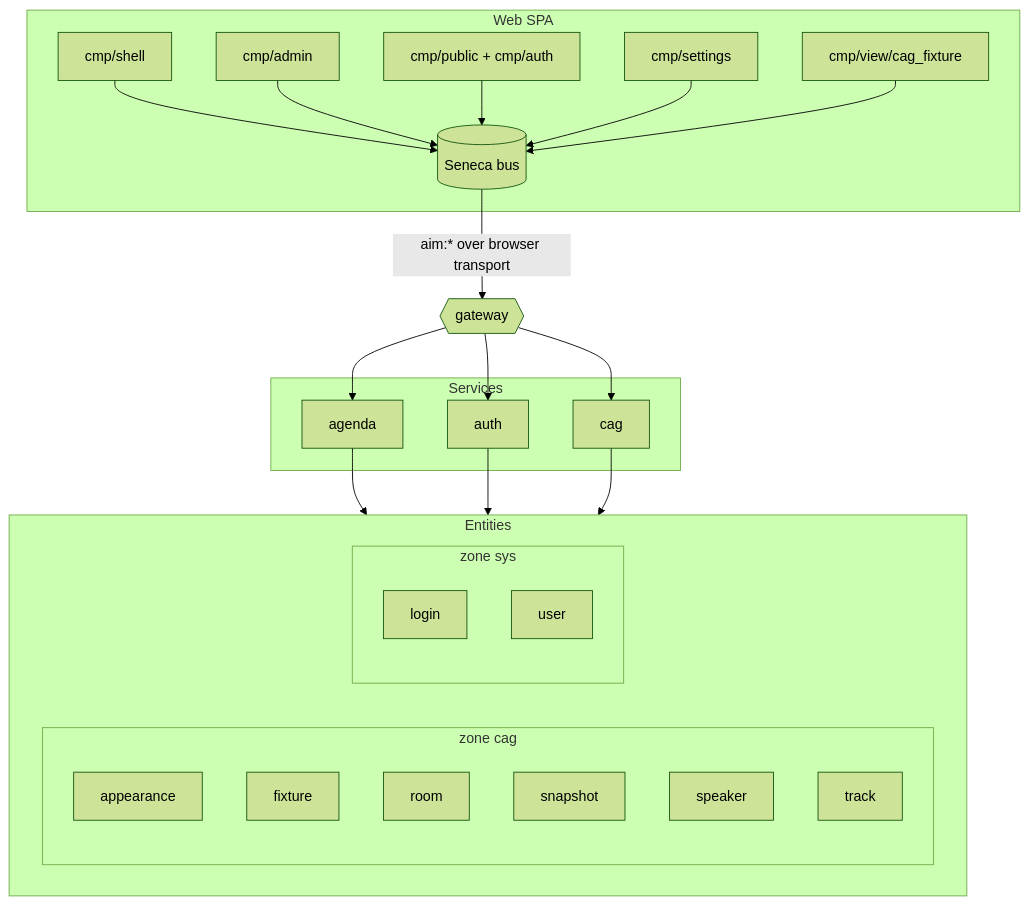
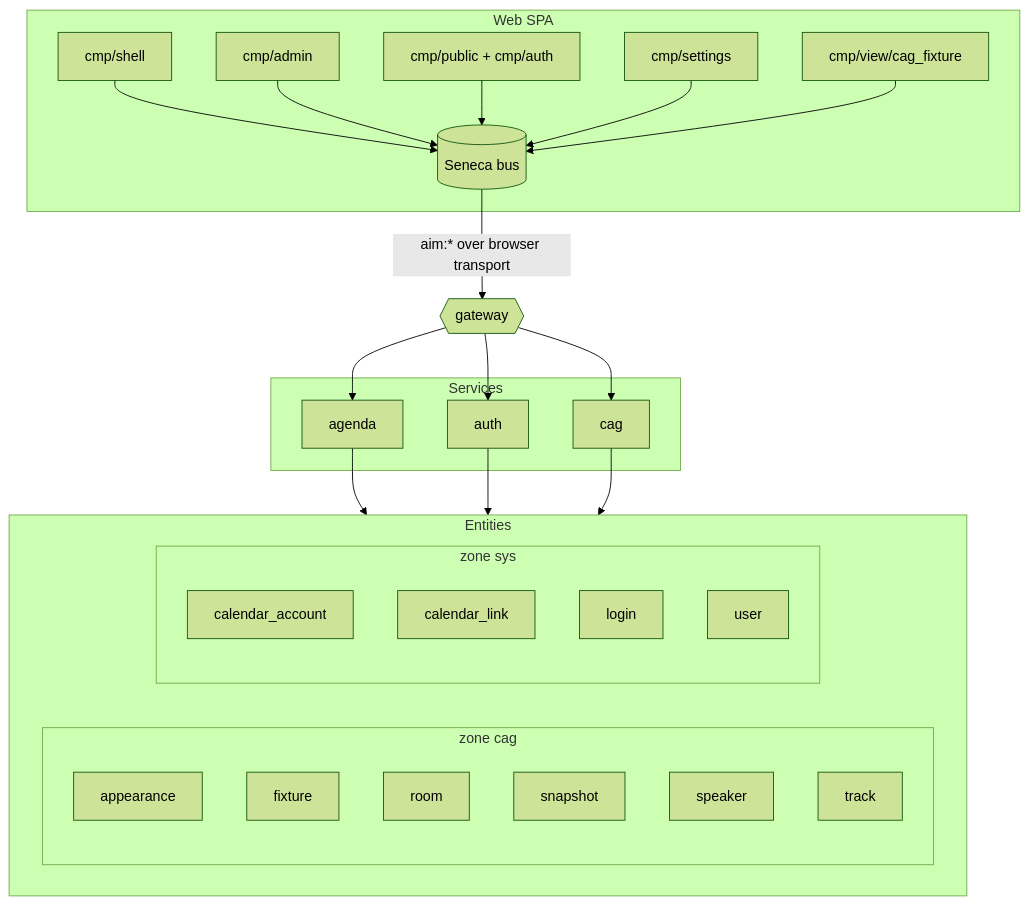
One commit to voxgig/conf-agenda changed the first of 2 diagrams in docs/reference/system-map.md. Above: the diagram before and after it, drawn with Mermaid (forest theme). The commit also changed 17 other files, not shown here.

````diff
--- a/docs/reference/system-map.md
+++ b/docs/reference/system-map.md
@@ -10,42 +10,44 @@
 ```mermaid
 flowchart TB
   subgraph spa[Web SPA]
     shell[cmp/shell]
     admin[cmp/admin]
     publiccmp[cmp/public + cmp/auth]
     settings[cmp/settings]
     view_cag_fixture[cmp/view/cag_fixture]
     bus[(Seneca bus)]
     shell --> bus
     admin --> bus
     publiccmp --> bus
     settings --> bus
     view_cag_fixture --> bus
   end
   bus -->|aim:* over browser transport| gateway{{gateway}}
   subgraph services[Services]
     srv_agenda[agenda]
     srv_auth[auth]
     srv_cag[cag]
   end
   gateway --> srv_agenda
   gateway --> srv_auth
   gateway --> srv_cag
   subgraph data[Entities]
     subgraph zone_cag[zone cag]
       cag_appearance[appearance]
       cag_fixture[fixture]
       cag_room[room]
       cag_snapshot[snapshot]
       cag_speaker[speaker]
       cag_track[track]
     end
     subgraph zone_sys[zone sys]
+      sys_calendar_account[calendar_account]
+      sys_calendar_link[calendar_link]
       sys_login[login]
       sys_user[user]
     end
   end
   srv_agenda --> data
   srv_auth --> data
   srv_cag --> data
 ```
````
